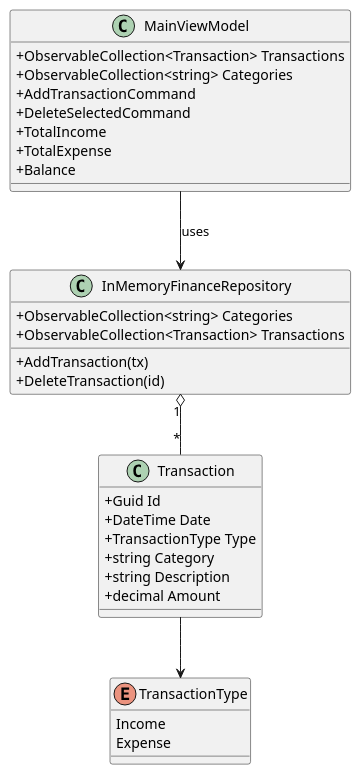
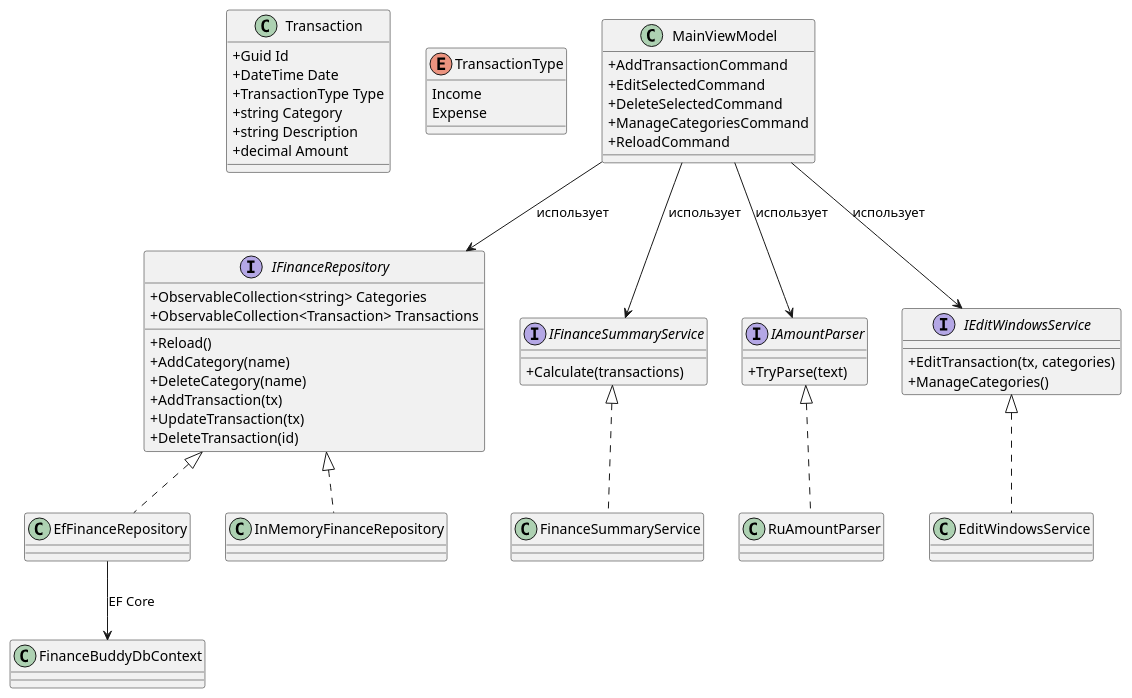
The diagram in docs/07-ClassDiagram.puml (Pysix637/FinanceBuddy), drawn with PlantUML before and after one commit. The commit also changed 41 other files, not shown here.

Commit message:
FinanceBuddy

```diff
--- a/docs/07-ClassDiagram.puml
+++ b/docs/07-ClassDiagram.puml
@@ -1,38 +1,75 @@
 @startuml
 skinparam classAttributeIconSize 0
 
 class Transaction {
   +Guid Id
   +DateTime Date
   +TransactionType Type
   +string Category
   +string Description
   +decimal Amount
 }
 
 enum TransactionType {
   Income
   Expense
 }
 
-class MainViewModel {
-  +ObservableCollection<Transaction> Transactions
-  +ObservableCollection<string> Categories
-  +AddTransactionCommand
-  +DeleteSelectedCommand
-  +TotalIncome
-  +TotalExpense
-  +Balance
-}
-
-class InMemoryFinanceRepository {
+interface IFinanceRepository {
   +ObservableCollection<string> Categories
   +ObservableCollection<Transaction> Transactions
+  +Reload()
+  +AddCategory(name)
+  +DeleteCategory(name)
   +AddTransaction(tx)
+  +UpdateTransaction(tx)
   +DeleteTransaction(id)
 }
 
-MainViewModel --> InMemoryFinanceRepository : uses
-InMemoryFinanceRepository "1" o-- "*" Transaction
-Transaction --> TransactionType
+class EfFinanceRepository
+class InMemoryFinanceRepository
+
+interface IFinanceSummaryService {
+  +Calculate(transactions)
+}
+
+class FinanceSummaryService
+
+interface IAmountParser {
+  +TryParse(text)
+}
+
+class RuAmountParser
+
+interface IEditWindowsService {
+  +EditTransaction(tx, categories)
+  +ManageCategories()
+}
+
+class EditWindowsService
+
+class MainViewModel {
+  +AddTransactionCommand
+  +EditSelectedCommand
+  +DeleteSelectedCommand
+  +ManageCategoriesCommand
+  +ReloadCommand
+}
+
+class FinanceBuddyDbContext
+
+MainViewModel --> IFinanceRepository : использует
+MainViewModel --> IFinanceSummaryService : использует
+MainViewModel --> IAmountParser : использует
+MainViewModel --> IEditWindowsService : использует
+
+IFinanceRepository <|.. EfFinanceRepository
+IFinanceRepository <|.. InMemoryFinanceRepository
+
+IFinanceSummaryService <|.. FinanceSummaryService
+IAmountParser <|.. RuAmountParser
+IEditWindowsService <|.. EditWindowsService
+
+EfFinanceRepository --> FinanceBuddyDbContext : EF Core
+
 @enduml
```
